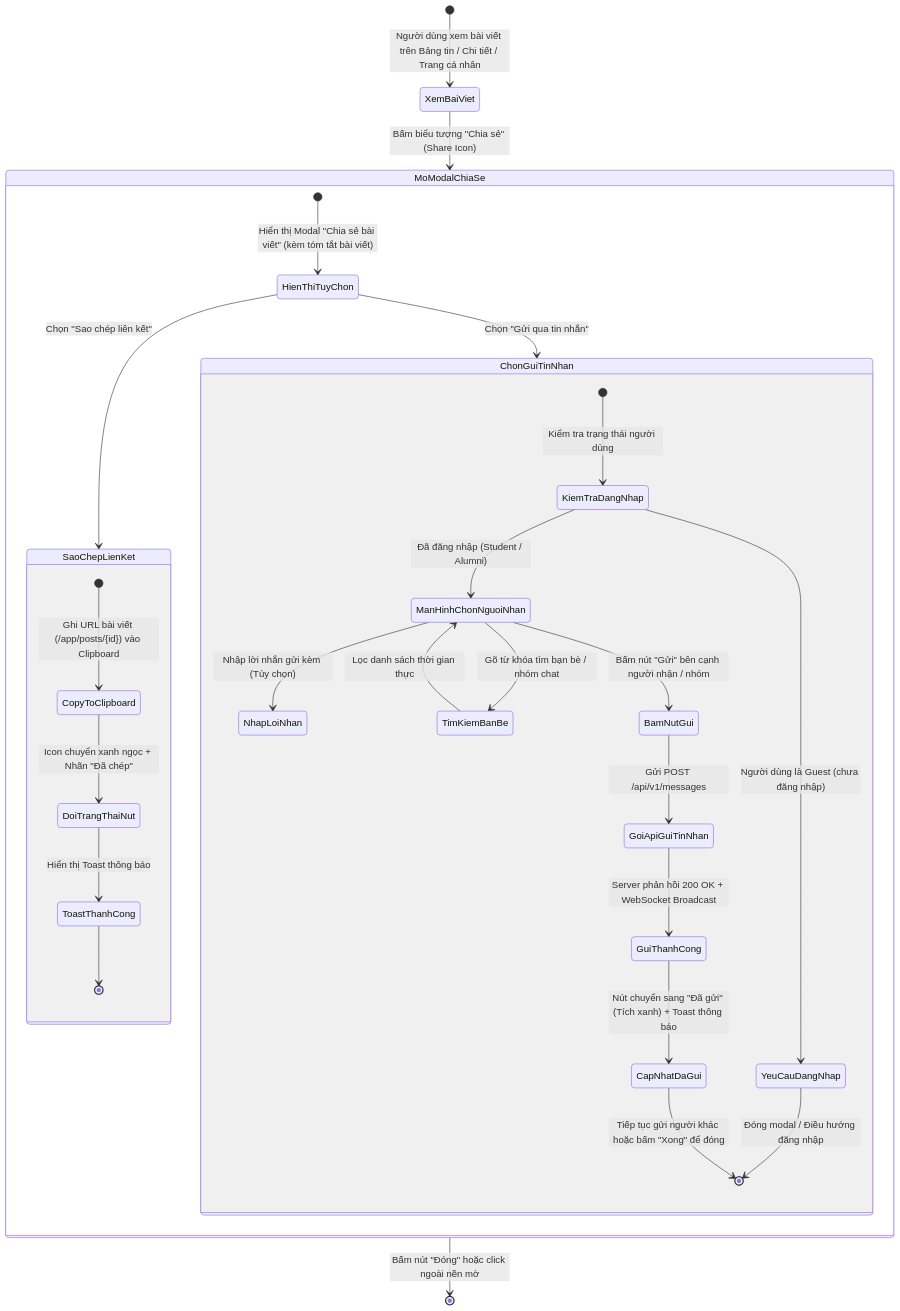
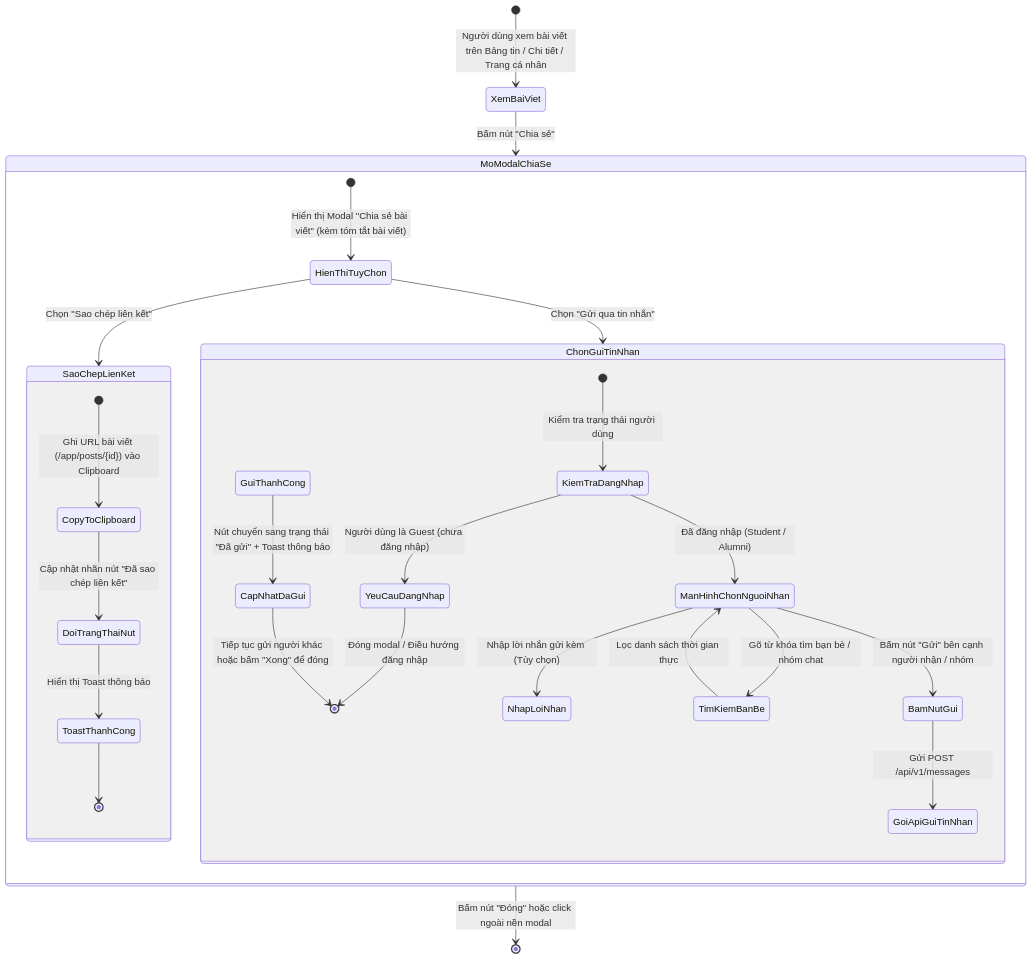
Before and after one commit to Alumnect/Alumnect: the first of 3 diagrams in docs/update_SRS/SRS_UC_SharePost.md, drawn with Mermaid. The commit also changed other lines of this file and 75 other files, not shown here.

````diff
--- a/docs/update_SRS/SRS_UC_SharePost.md
+++ b/docs/update_SRS/SRS_UC_SharePost.md
@@ -7,37 +7,36 @@
 ```mermaid
 stateDiagram-v2
     [*] --> XemBaiViet: Người dùng xem bài viết trên Bảng tin / Chi tiết / Trang cá nhân
-    XemBaiViet --> MoModalChiaSe: Bấm biểu tượng "Chia sẻ" (Share Icon)
+    XemBaiViet --> MoModalChiaSe: Bấm nút "Chia sẻ"
     
     state MoModalChiaSe {
         [*] --> HienThiTuyChon: Hiển thị Modal "Chia sẻ bài viết" (kèm tóm tắt bài viết)
         HienThiTuyChon --> SaoChepLienKet: Chọn "Sao chép liên kết"
         HienThiTuyChon --> ChonGuiTinNhan: Chọn "Gửi qua tin nhắn"
         
         state SaoChepLienKet {
             [*] --> CopyToClipboard: Ghi URL bài viết (/app/posts/{id}) vào Clipboard
-            CopyToClipboard --> DoiTrangThaiNut: Icon chuyển xanh ngọc + Nhãn "Đã chép"
+            CopyToClipboard --> DoiTrangThaiNut: Cập nhật nhãn nút "Đã sao chép liên kết"
             DoiTrangThaiNut --> ToastThanhCong: Hiển thị Toast thông báo
             ToastThanhCong --> [*]
         }
         
         state ChonGuiTinNhan {
             [*] --> KiemTraDangNhap: Kiểm tra trạng thái người dùng
             KiemTraDangNhap --> YeuCauDangNhap: Người dùng là Guest (chưa đăng nhập)
             YeuCauDangNhap --> [*]: Đóng modal / Điều hướng đăng nhập
             
             KiemTraDangNhap --> ManHinhChonNguoiNhan: Đã đăng nhập (Student / Alumni)
             ManHinhChonNguoiNhan --> NhapLoiNhan: Nhập lời nhắn gửi kèm (Tùy chọn)
             ManHinhChonNguoiNhan --> TimKiemBanBe: Gõ từ khóa tìm bạn bè / nhóm chat
             TimKiemBanBe --> ManHinhChonNguoiNhan: Lọc danh sách thời gian thực
             
             ManHinhChonNguoiNhan --> BamNutGui: Bấm nút "Gửi" bên cạnh người nhận / nhóm
             BamNutGui --> GoiApiGuiTinNhan: Gửi POST /api/v1/messages
-            GoiApiGuiTinNhan --> GuiThanhCong: Server phản hồi 200 OK + WebSocket Broadcast
-            GuiThanhCong --> CapNhatDaGui: Nút chuyển sang "Đã gửi" (Tích xanh) + Toast thông báo
+            GuiThanhCong --> CapNhatDaGui: Nút chuyển sang trạng thái "Đã gửi" + Toast thông báo
             CapNhatDaGui --> [*]: Tiếp tục gửi người khác hoặc bấm "Xong" để đóng
         }
     }
     
-    MoModalChiaSe --> [*]: Bấm nút "Đóng" hoặc click ngoài nền mờ
+    MoModalChiaSe --> [*]: Bấm nút "Đóng" hoặc click ngoài nền modal
 ```
````
